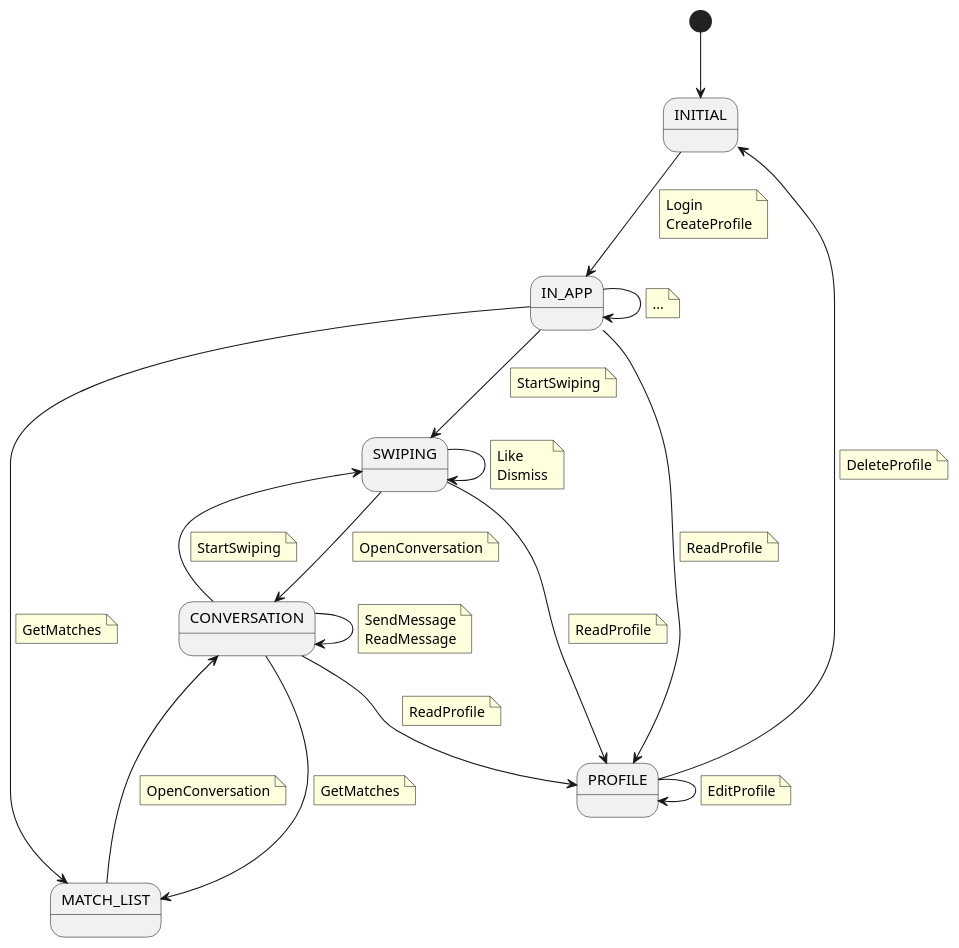
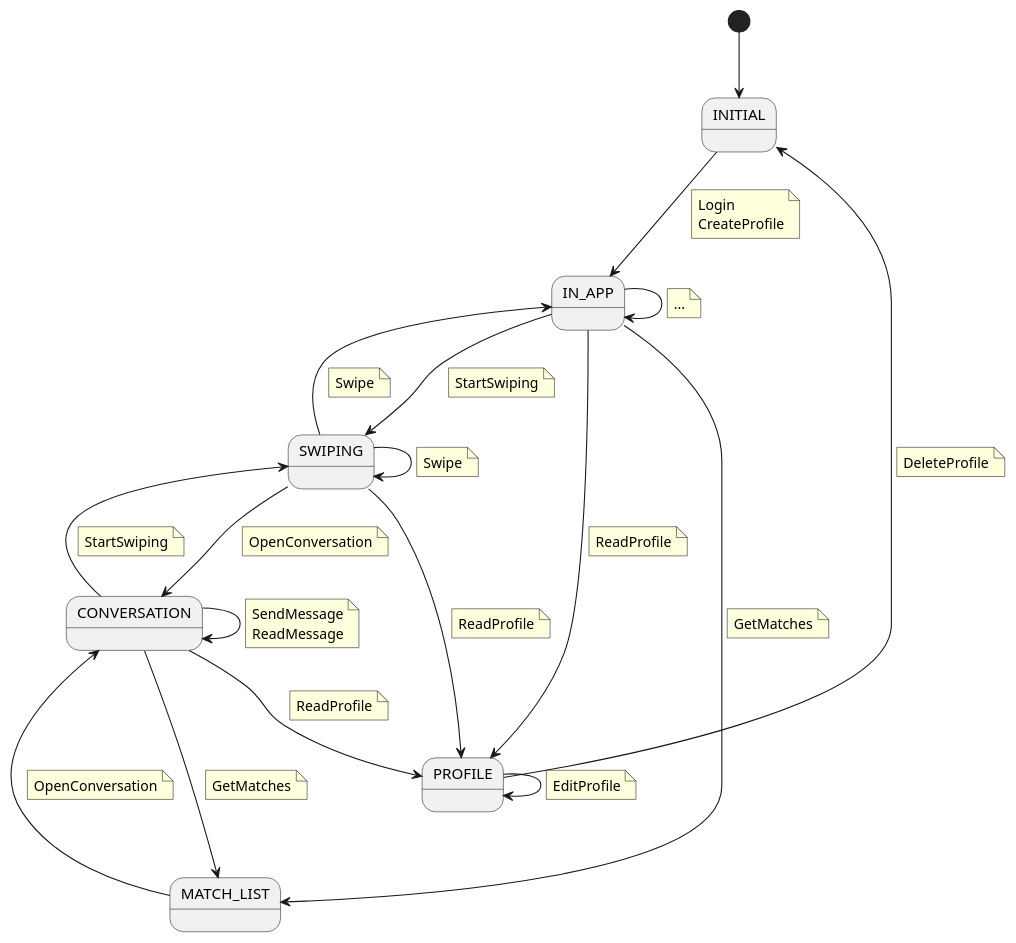
The diagram in docs/src/use-cases/tinder-context.puml (fraylopez/tinder), drawn with PlantUML before and after one commit. The commit also changed 3 other files, not shown here.

```diff
--- a/docs/src/use-cases/tinder-context.puml
+++ b/docs/src/use-cases/tinder-context.puml
@@ -1,81 +1,86 @@
 @startuml
 
 state INITIAL
 state SWIPING
 state CONVERSATION
 state PROFILE
 state MATCH_LIST
 
 ' Que estados faltan?
 ' Como nos movemos entre SWIPING - CONVERSATION - PROFILE
 ' Back use case?
 
 [*] --> INITIAL
 INITIAL --> IN_APP
 note on link
 Login
 CreateProfile
 end note
 IN_APP --> SWIPING
 note on link
 StartSwiping
 endnote
 SWIPING --> SWIPING
 note on link
-Like
-Dismiss
+Swipe
 endnote
 IN_APP --> IN_APP
 note on link
 ...
 end note
 IN_APP --> MATCH_LIST
 note on link
 GetMatches
 endnote
 MATCH_LIST --> CONVERSATION
 note on link
 OpenConversation
 endnote
 CONVERSATION ---> MATCH_LIST
 note on link
 GetMatches
 endnote
 CONVERSATION --> CONVERSATION
 note on link
 SendMessage
 ReadMessage
 end note
 IN_APP --> PROFILE
 note on link
 ReadProfile
 end note
 PROFILE --> PROFILE
 note on link
 EditProfile
 end note
 PROFILE --> INITIAL
 note on link
 DeleteProfile
 end note
 
 CONVERSATION --> PROFILE
 note on link
 ReadProfile
 end note
 SWIPING --> PROFILE
 note on link
 ReadProfile
 end note
 SWIPING --> CONVERSATION
 note on link
 OpenConversation
 end note
 CONVERSATION --> SWIPING
 note on link
 StartSwiping
 end note
 
+SWIPING --> IN_APP
+note on link
+Swipe
+end note
+
+
 
 
 @enduml
```
